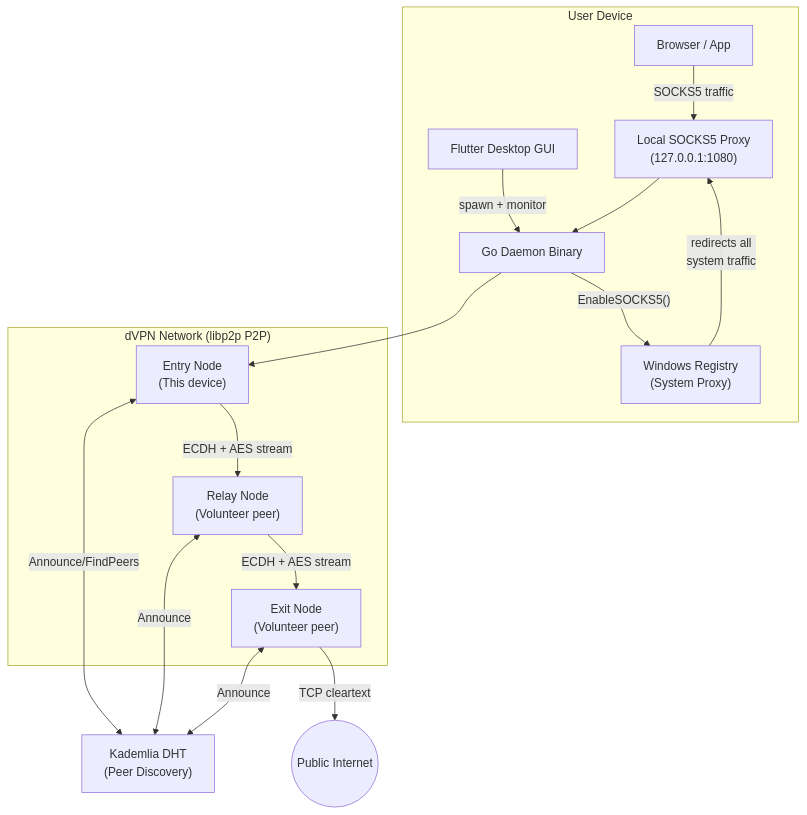
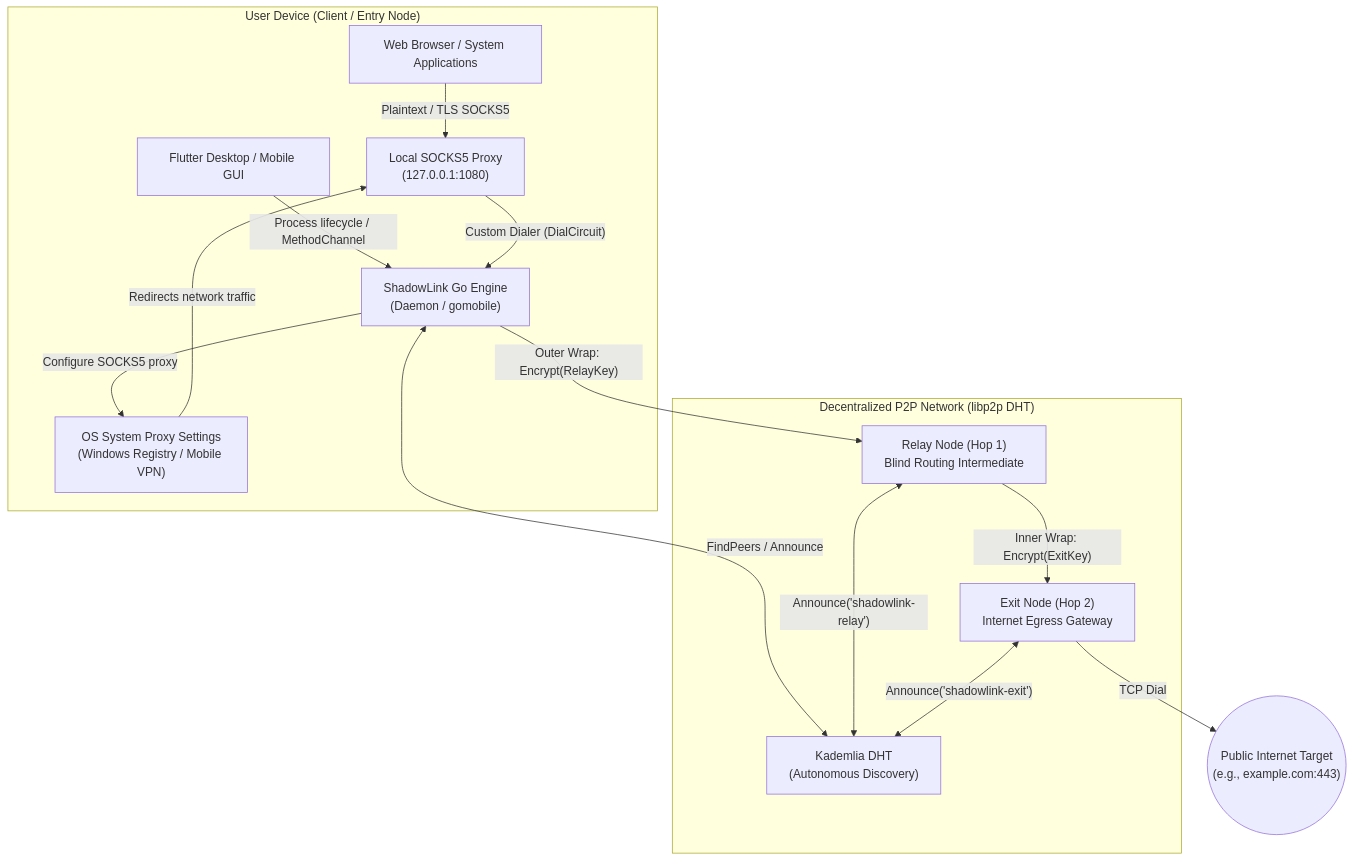
The first of 4 diagrams in ARCHITECTURE.md (TUSHAR91316/ShadowLink), drawn with Mermaid before and after one commit. The commit also changed other lines of this file and 13 other files, not shown here.

Commit message:
refactor: complete core audit, optimize onion routing, and update documentation

````diff
--- a/ARCHITECTURE.md
+++ b/ARCHITECTURE.md
@@ -9,34 +9,32 @@
 ```mermaid
 graph TD
-    subgraph "User Device"
-        Browser["Browser / App"]
-        GUI["Flutter Desktop GUI"]
+    subgraph "User Device (Client / Entry Node)"
+        App["Web Browser / System Applications"]
+        GUI["Flutter Desktop / Mobile GUI"]
         SOCKS["Local SOCKS5 Proxy\n(127.0.0.1:1080)"]
-        GoBinary["Go Daemon Binary"]
-        Registry["Windows Registry\n(System Proxy)"]
+        Core["ShadowLink Go Engine\n(Daemon / gomobile)"]
+        SysProxy["OS System Proxy Settings\n(Windows Registry / Mobile VPN)"]
     end
 
-    subgraph "dVPN Network (libp2p P2P)"
-        Entry["Entry Node\n(This device)"]
-        Relay["Relay Node\n(Volunteer peer)"]
-        Exit["Exit Node\n(Volunteer peer)"]
+    subgraph "Decentralized P2P Network (libp2p DHT)"
+        RelayNode["Relay Node (Hop 1)\nBlind Routing Intermediate"]
+        ExitNode["Exit Node (Hop 2)\nInternet Egress Gateway"]
+        DHT["Kademlia DHT\n(Autonomous Discovery)"]
     end
 
-    Internet(("Public Internet"))
-    DHT["Kademlia DHT\n(Peer Discovery)"]
+    Internet(("Public Internet Target\n(e.g., example.com:443)"))
 
-    Browser -->|"SOCKS5 traffic"| SOCKS
-    GUI -->|"spawn + monitor"| GoBinary
-    GoBinary -->|"EnableSOCKS5()"| Registry
-    Registry -->|"redirects all\nsystem traffic"| SOCKS
-    SOCKS --> GoBinary
-    GoBinary --> Entry
+    App -->|"Plaintext / TLS SOCKS5"| SOCKS
+    GUI -->|"Process lifecycle / MethodChannel"| Core
+    Core -->|"Configure SOCKS5 proxy"| SysProxy
+    SysProxy -->|"Redirects network traffic"| SOCKS
+    SOCKS -->|"Custom Dialer (DialCircuit)"| Core
 
-    Entry -->|"ECDH + AES stream"| Relay
-    Relay -->|"ECDH + AES stream"| Exit
-    Exit -->|"TCP cleartext"| Internet
+    Core <-->|"FindPeers / Announce"| DHT
+    RelayNode <-->|"Announce('shadowlink-relay')"| DHT
+    ExitNode <-->|"Announce('shadowlink-exit')"| DHT
 
-    Entry <-->|"Announce/FindPeers"| DHT
-    Relay <-->|"Announce"| DHT
-    Exit <-->|"Announce"| DHT
+    Core -->|"Outer Wrap: Encrypt(RelayKey)"| RelayNode
+    RelayNode -->|"Inner Wrap: Encrypt(ExitKey)"| ExitNode
+    ExitNode -->|"TCP Dial"| Internet
 ```
````
